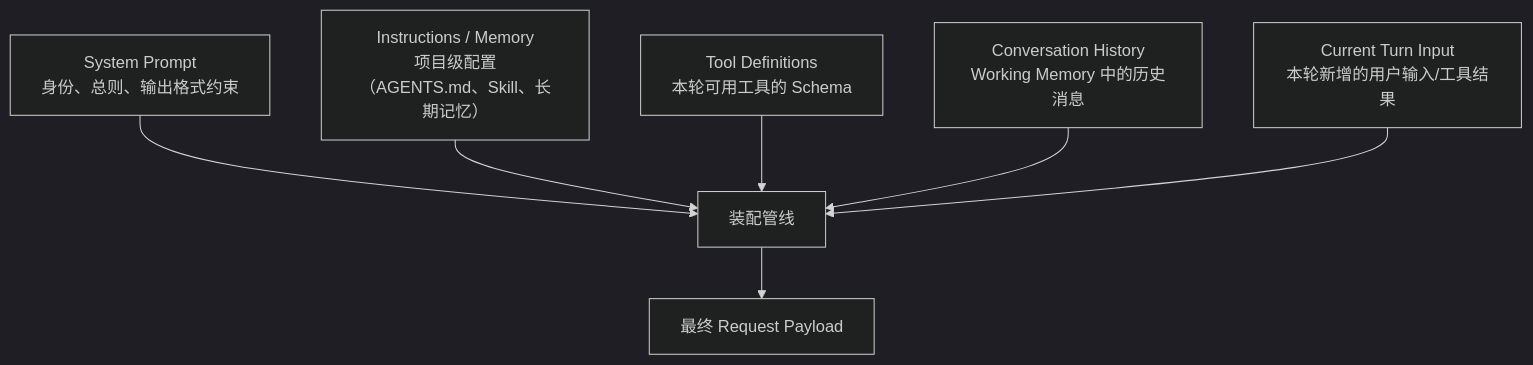
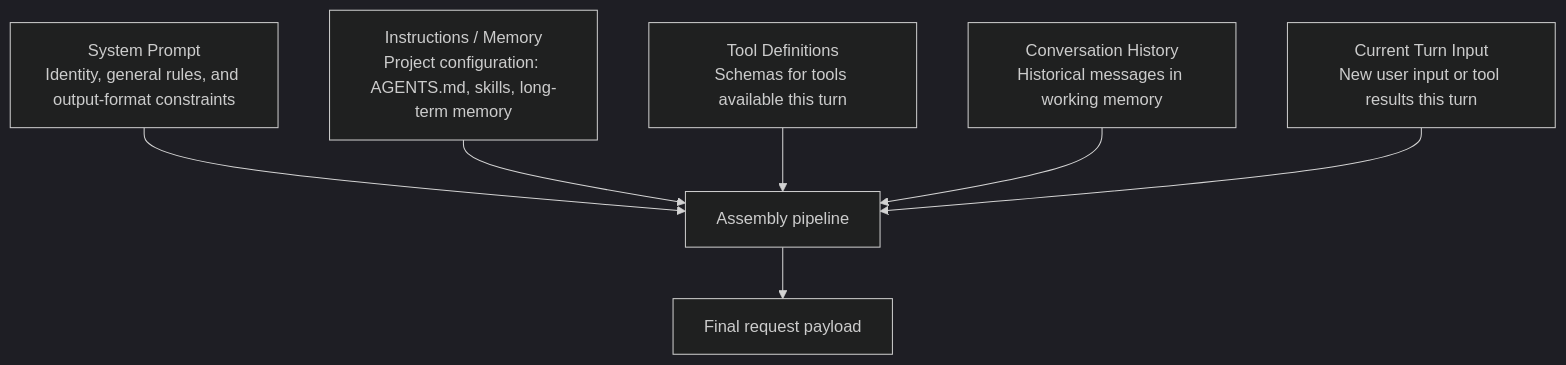
One commit to oneleaveknowsthefall/awesome-ai-roadmap changed the diagram in docs/agent/02-runtime-harness/18-context-engineering-assembly.md. Above: the diagram before and after it, drawn with Mermaid (dark theme). The commit also changed other lines of this file and 68 other files, not shown here.

````diff
--- a/docs/agent/02-runtime-harness/18-context-engineering-assembly.md
+++ b/docs/agent/02-runtime-harness/18-context-engineering-assembly.md
@@ -15,17 +15,17 @@
 ```mermaid
 flowchart TB
-    SP["System Prompt<br/>身份、总则、输出格式约束"]
-    INST["Instructions / Memory<br/>项目级配置（AGENTS.md、Skill、长期记忆）"]
-    TOOLS["Tool Definitions<br/>本轮可用工具的 Schema"]
-    HIST["Conversation History<br/>Working Memory 中的历史消息"]
-    USER["Current Turn Input<br/>本轮新增的用户输入/工具结果"]
-    ASSEMBLE["装配管线"]
-    REQ["最终 Request Payload"]
+    SP["System Prompt<br/>Identity, general rules, and output-format constraints"]
+    INST["Instructions / Memory<br/>Project configuration: AGENTS.md, skills, long-term memory"]
+    TOOLS["Tool Definitions<br/>Schemas for tools available this turn"]
+    HIST["Conversation History<br/>Historical messages in working memory"]
+    USER["Current Turn Input<br/>New user input or tool results this turn"]
+    ASSEMBLE["Assembly pipeline"]
+    REQ["Final request payload"]
 
     SP --> ASSEMBLE
     INST --> ASSEMBLE
     TOOLS --> ASSEMBLE
     HIST --> ASSEMBLE
     USER --> ASSEMBLE
     ASSEMBLE --> REQ
 ```
````
